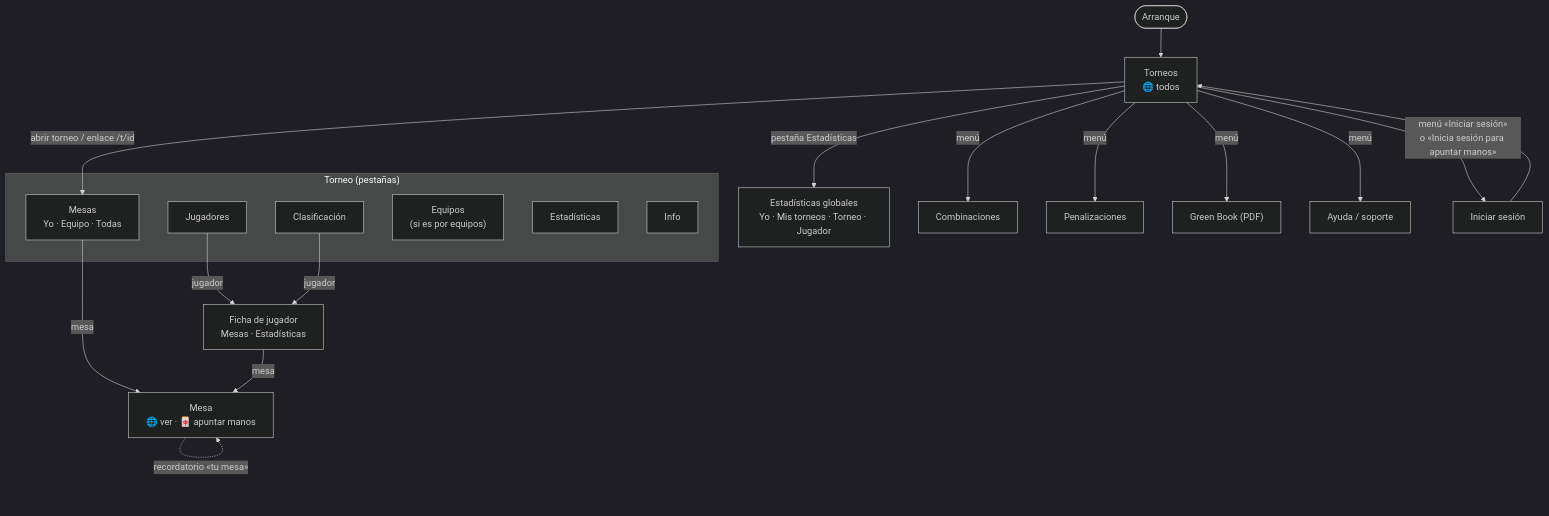
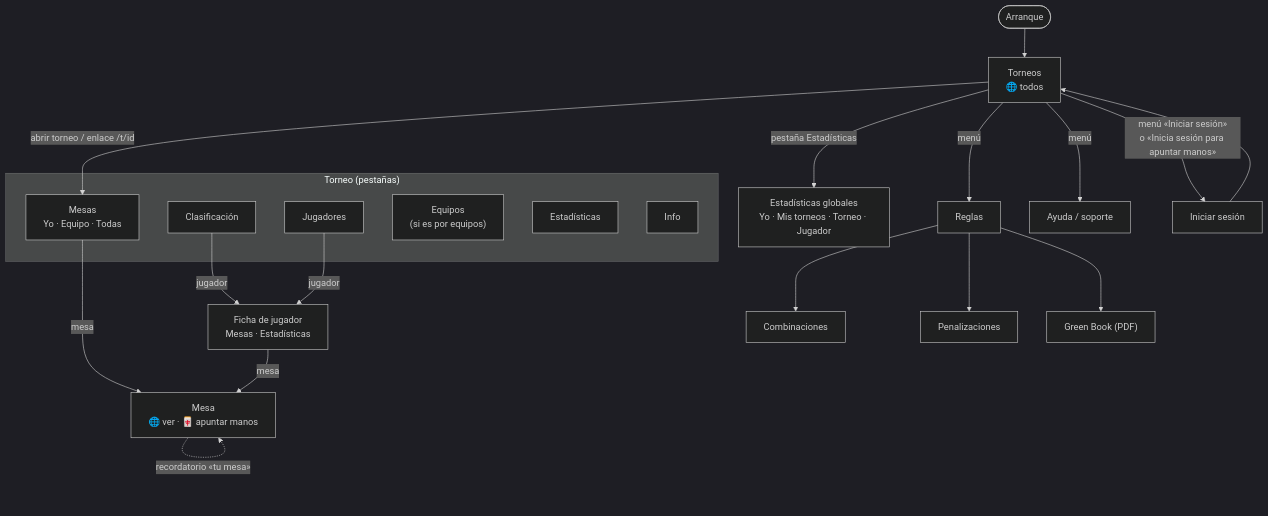
One commit to ernestovega/MahjongTournamentSuite_KMP changed the second of 3 diagrams in docs/arquitectura/pantallas.md. Above: the diagram before and after it, drawn with Mermaid (dark theme). The commit also changed 34 other files, not shown here.

First line of the commit message:
Player top bar: Rules menu with Green Book, Combinations and Penalties overview

````diff
--- a/docs/arquitectura/pantallas.md
+++ b/docs/arquitectura/pantallas.md
@@ -24,22 +24,23 @@
 ```mermaid
 flowchart TD
   S([Arranque]) --> T["Torneos<br/>🌐 todos"]
   T -- "abrir torneo / enlace /t/id" --> TT
   subgraph Torneo["Torneo (pestañas)"]
     TT["Mesas<br/>Yo · Equipo · Todas"]
     TR["Clasificación"]
     TP["Jugadores"]
     TE["Equipos<br/>(si es por equipos)"]
     TS["Estadísticas"]
     TI["Info"]
   end
   TT -- "mesa" --> M["Mesa<br/>🌐 ver · 🀄 apuntar manos"]
   TP -- "jugador" --> J["Ficha de jugador<br/>Mesas · Estadísticas"]
   TR -- "jugador" --> J
   J -- "mesa" --> M
   T -- "pestaña Estadísticas" --> E["Estadísticas globales<br/>Yo · Mis torneos · Torneo · Jugador"]
-  T -- "menú" --> C["Combinaciones"] & P["Penalizaciones"] & GB["Green Book (PDF)"] & SUP["Ayuda / soporte"]
+  T -- "menú" --> R["Reglas"] & SUP["Ayuda / soporte"]
+  R --> C["Combinaciones"] & P["Penalizaciones"] & GB["Green Book (PDF)"]
   T -- "menú «Iniciar sesión»<br/>o «Inicia sesión para apuntar manos»" --> L["Iniciar sesión"]
   L --> T
   M -. "recordatorio «tu mesa»" .-> M
 ```
````
